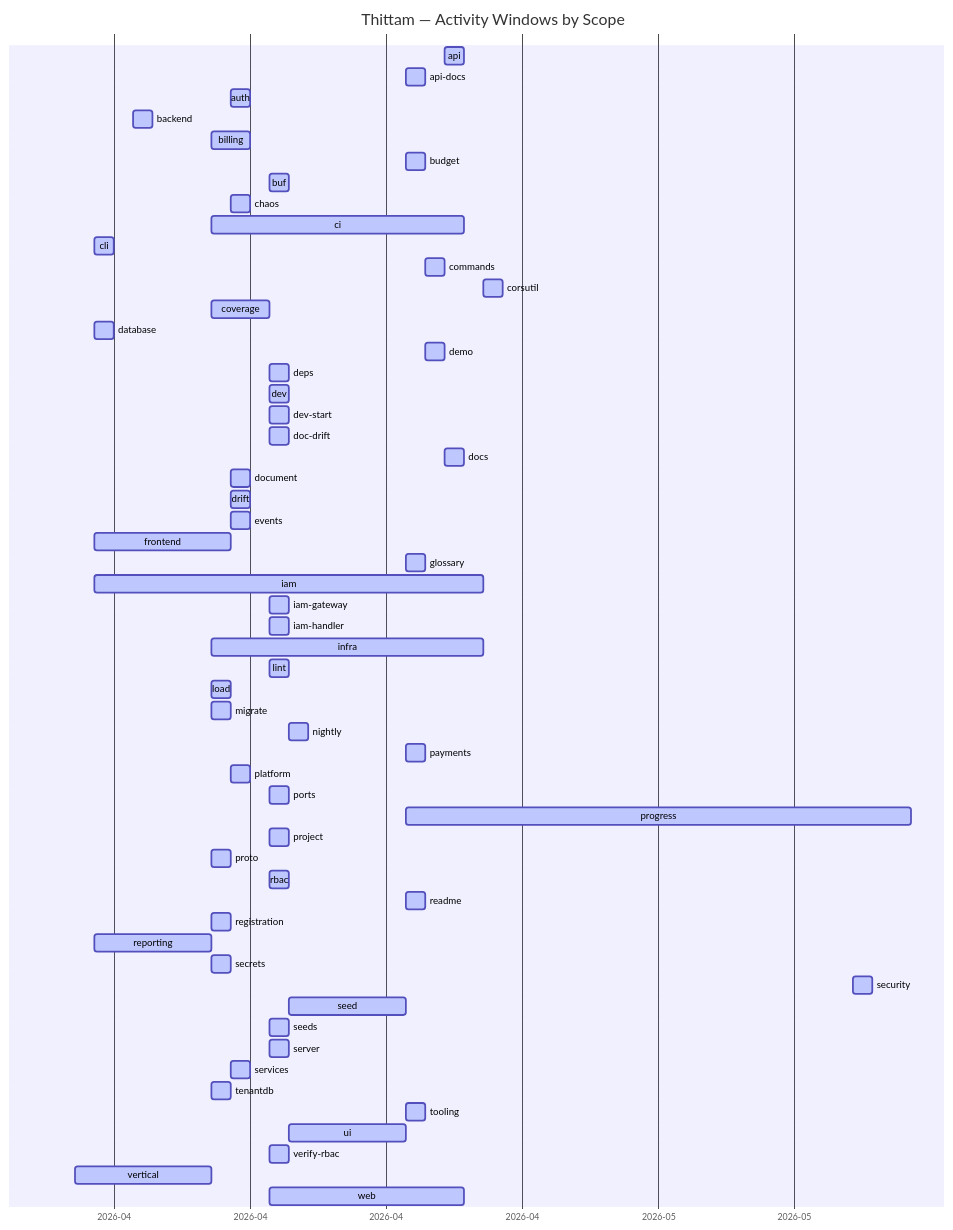
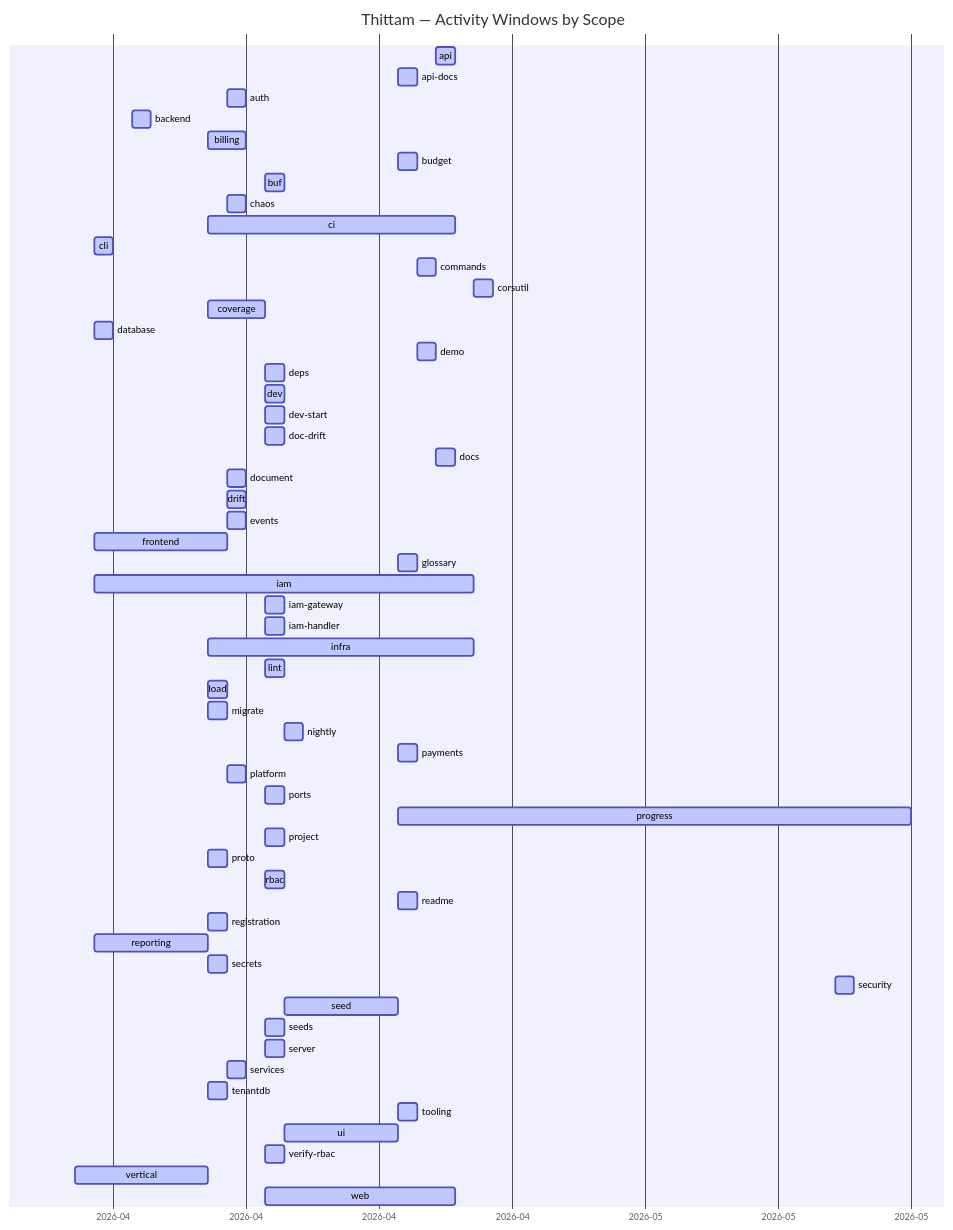
Before and after one commit to wegofwd2020-hub/thittam: the diagram in docs/PROGRESS.md, drawn with Mermaid. The commit also changed other lines of this file and 1 other file, not shown here.

Commit message:
chore(progress): nightly update of docs/PROGRESS.md + CSVs

````diff
--- a/docs/PROGRESS.md
+++ b/docs/PROGRESS.md
@@ -9,61 +9,61 @@
 ```mermaid
 gantt
     title Thittam — Activity Windows by Scope
     dateFormat YYYY-MM-DD
     axisFormat %Y-%m
     api                :active, s_api, 2026-04-22, 2026-04-23
     api-docs           :active, s_api_docs, 2026-04-20, 2026-04-21
     auth               :active, s_auth, 2026-04-11, 2026-04-12
     backend            :active, s_backend, 2026-04-06, 2026-04-07
     billing            :active, s_billing, 2026-04-10, 2026-04-12
     budget             :active, s_budget, 2026-04-20, 2026-04-21
     buf                :active, s_buf, 2026-04-13, 2026-04-14
     chaos              :active, s_chaos, 2026-04-11, 2026-04-12
     ci                 :active, s_ci, 2026-04-10, 2026-04-23
     cli                :active, s_cli, 2026-04-04, 2026-04-05
     commands           :active, s_commands, 2026-04-21, 2026-04-22
     corsutil           :active, s_corsutil, 2026-04-24, 2026-04-25
     coverage           :active, s_coverage, 2026-04-10, 2026-04-13
     database           :active, s_database, 2026-04-04, 2026-04-05
     demo               :active, s_demo, 2026-04-21, 2026-04-22
     deps               :active, s_deps, 2026-04-13, 2026-04-14
     dev                :active, s_dev, 2026-04-13, 2026-04-14
     dev-start          :active, s_dev_start, 2026-04-13, 2026-04-14
     doc-drift          :active, s_doc_drift, 2026-04-13, 2026-04-14
     docs               :active, s_docs, 2026-04-22, 2026-04-23
     document           :active, s_document, 2026-04-11, 2026-04-12
     drift              :active, s_drift, 2026-04-11, 2026-04-12
     events             :active, s_events, 2026-04-11, 2026-04-12
     frontend           :active, s_frontend, 2026-04-04, 2026-04-11
     glossary           :active, s_glossary, 2026-04-20, 2026-04-21
     iam                :active, s_iam, 2026-04-04, 2026-04-24
     iam-gateway        :active, s_iam_gateway, 2026-04-13, 2026-04-14
     iam-handler        :active, s_iam_handler, 2026-04-13, 2026-04-14
     infra              :active, s_infra, 2026-04-10, 2026-04-24
     lint               :active, s_lint, 2026-04-13, 2026-04-14
     load               :active, s_load, 2026-04-10, 2026-04-11
     migrate            :active, s_migrate, 2026-04-10, 2026-04-11
     nightly            :active, s_nightly, 2026-04-14, 2026-04-15
     payments           :active, s_payments, 2026-04-20, 2026-04-21
     platform           :active, s_platform, 2026-04-11, 2026-04-12
     ports              :active, s_ports, 2026-04-13, 2026-04-14
-    progress           :active, s_progress, 2026-04-20, 2026-05-16
+    progress           :active, s_progress, 2026-04-20, 2026-05-17
     project            :active, s_project, 2026-04-13, 2026-04-14
     proto              :active, s_proto, 2026-04-10, 2026-04-11
     rbac               :active, s_rbac, 2026-04-13, 2026-04-14
     readme             :active, s_readme, 2026-04-20, 2026-04-21
     registration       :active, s_registration, 2026-04-10, 2026-04-11
     reporting          :active, s_reporting, 2026-04-04, 2026-04-10
     secrets            :active, s_secrets, 2026-04-10, 2026-04-11
     security           :active, s_security, 2026-05-13, 2026-05-14
     seed               :active, s_seed, 2026-04-14, 2026-04-20
     seeds              :active, s_seeds, 2026-04-13, 2026-04-14
     server             :active, s_server, 2026-04-13, 2026-04-14
     services           :active, s_services, 2026-04-11, 2026-04-12
     tenantdb           :active, s_tenantdb, 2026-04-10, 2026-04-11
     tooling            :active, s_tooling, 2026-04-20, 2026-04-21
     ui                 :active, s_ui, 2026-04-14, 2026-04-20
     verify-rbac        :active, s_verify_rbac, 2026-04-13, 2026-04-14
     vertical           :active, s_vertical, 2026-04-03, 2026-04-10
     web                :active, s_web, 2026-04-13, 2026-04-23
 ```
````
